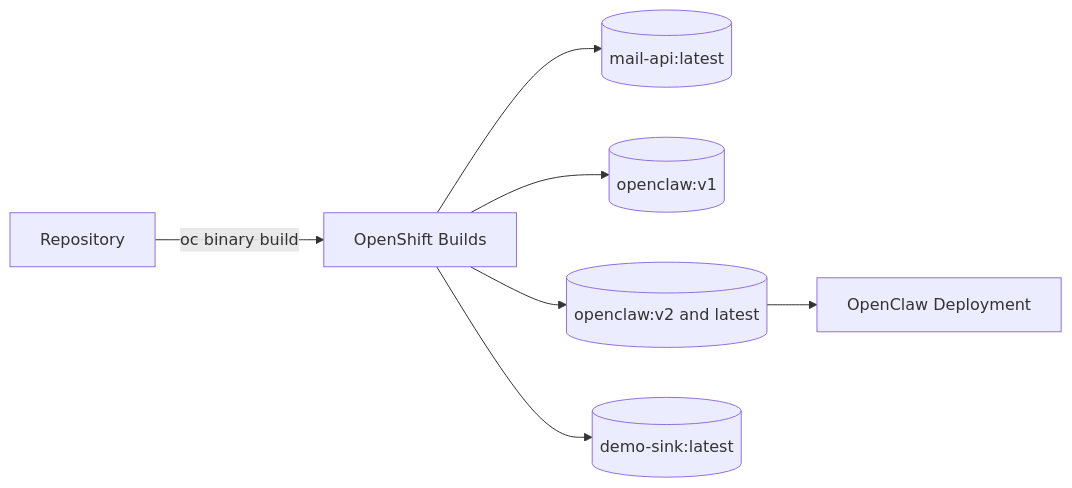
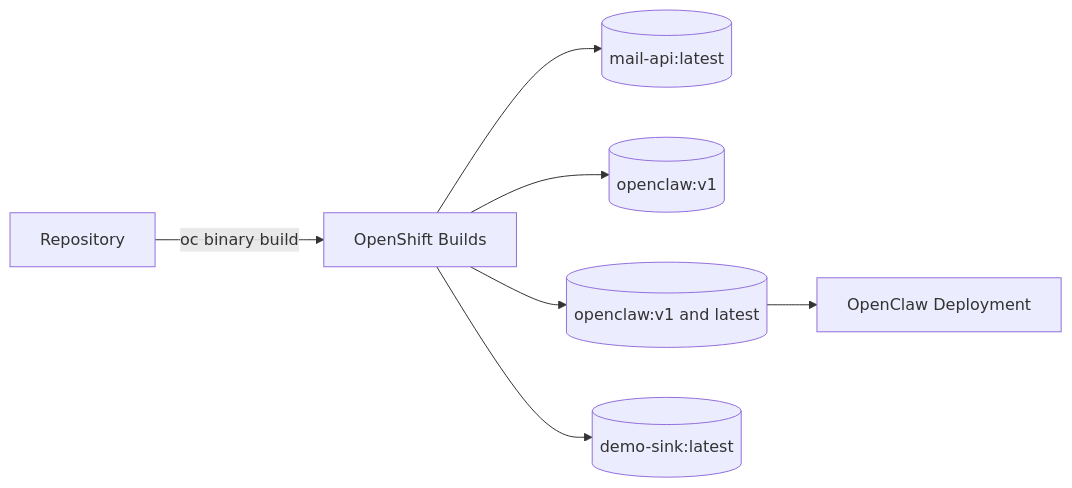
Before and after one commit to ralvares/rhacs: the fifth of 5 diagrams in README.md, drawn with Mermaid. The commit also changed other lines of this file and 92 other files, not shown here.

````diff
--- a/README.md
+++ b/README.md
@@ -260,9 +314,9 @@
 ```mermaid
 flowchart LR
     repo[Repository] -->|oc binary build| builds[OpenShift Builds]
     builds --> mailimg[(mail-api:latest)]
     builds --> oldimg[(openclaw:v1)]
-    builds --> clawimg[(openclaw:v2 and latest)]
+    builds --> clawimg[(openclaw:v1 and latest)]
     builds --> sinkimg[(demo-sink:latest)]
     clawimg --> pod[OpenClaw Deployment]
 ```
````
